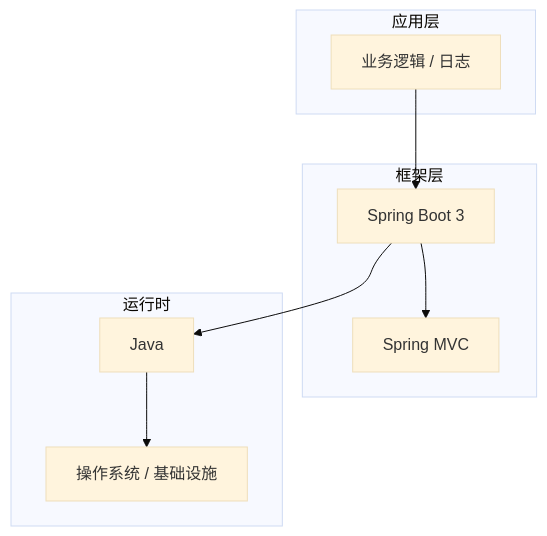
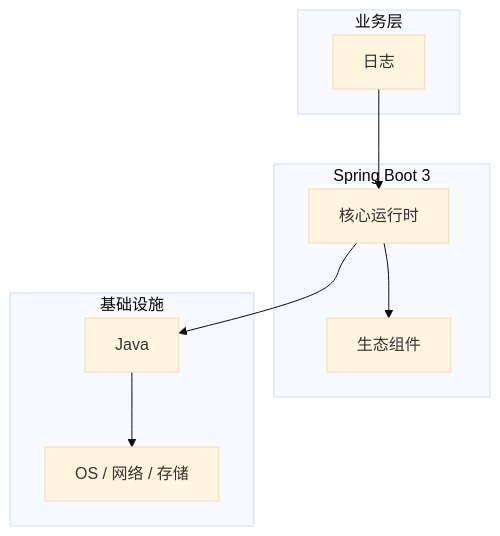
The diagram in articles/Spring Boot/chapters/086-日志核心概念与原理.md (yanggan2015/knowledge-json-v2), drawn with Mermaid (base theme) before and after one commit. The commit also changed other lines of this file and 10127 other files, not shown here.

````diff
--- a/articles/Spring Boot/chapters/086-日志核心概念与原理.md
+++ b/articles/Spring Boot/chapters/086-日志核心概念与原理.md
@@ -45,18 +34,18 @@
 ```mermaid
 graph TB
-    subgraph 应用层
-        A[业务逻辑 / 日志]
+    subgraph 业务层
+        A[日志]
     end
-    subgraph 框架层
-        B[Spring Boot 3]
-        C[Spring MVC]
+    subgraph Spring Boot 3
+        B[核心运行时]
+        C[生态组件]
     end
-    subgraph 运行时
+    subgraph 基础设施
         D[Java]
-        E[操作系统 / 基础设施]
+        E[OS / 网络 / 存储]
     end
     A --> B
     B --> C
     B --> D
     D --> E
 ```
````
